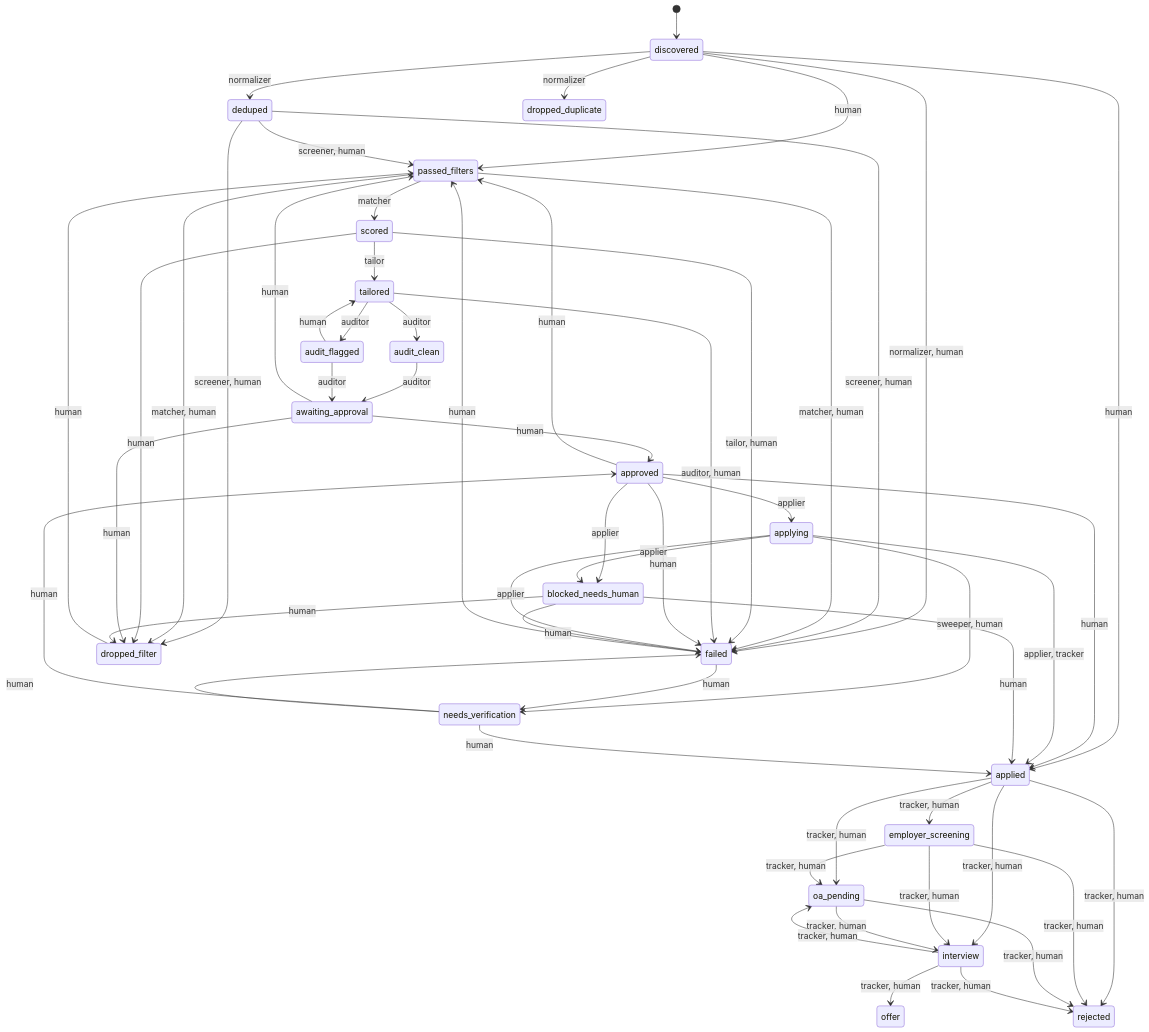
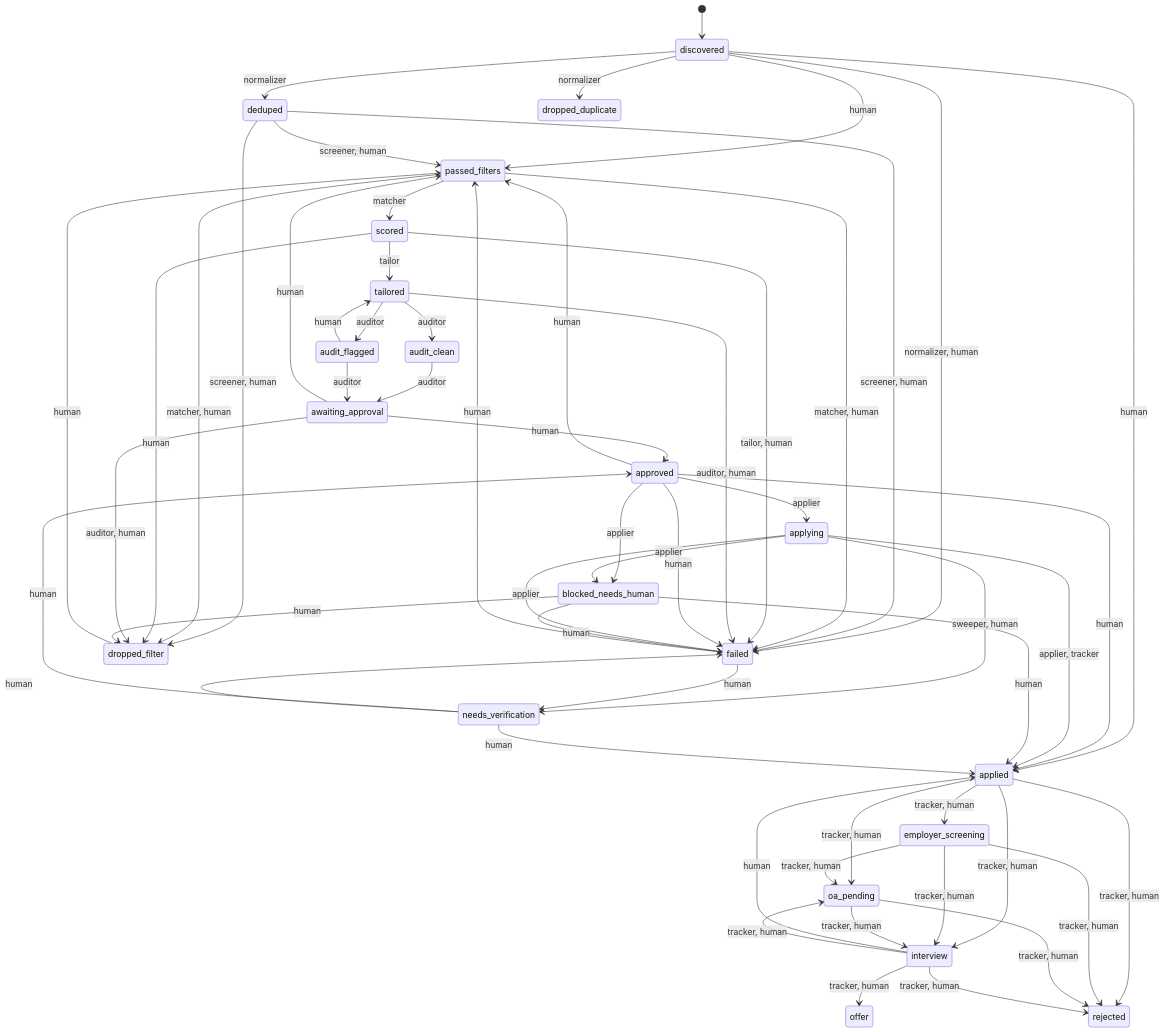
The second of 3 diagrams in docs/SYSTEM_ARCHITECTURE.md (MallamTeja/applyyy), drawn with Mermaid before and after one commit. The commit also changed other lines of this file and 136 other files, not shown here.

````diff
--- a/docs/SYSTEM_ARCHITECTURE.md
+++ b/docs/SYSTEM_ARCHITECTURE.md
@@ -195,57 +196,58 @@
 ```mermaid
 stateDiagram-v2
   [*] --> discovered
   discovered --> deduped: normalizer
   discovered --> passed_filters: human
   discovered --> applied: human
   discovered --> dropped_duplicate: normalizer
   discovered --> failed: normalizer, human
   deduped --> passed_filters: screener, human
   deduped --> dropped_filter: screener, human
   deduped --> failed: screener, human
   passed_filters --> scored: matcher
   passed_filters --> dropped_filter: matcher, human
   passed_filters --> failed: matcher, human
   scored --> tailored: tailor
   scored --> dropped_filter: human
   scored --> failed: tailor, human
   tailored --> audit_clean: auditor
   tailored --> audit_flagged: auditor
   tailored --> failed: auditor, human
   audit_clean --> awaiting_approval: auditor
   audit_flagged --> awaiting_approval: auditor
   audit_flagged --> tailored: human
   awaiting_approval --> passed_filters: human
   awaiting_approval --> approved: human
-  awaiting_approval --> dropped_filter: human
+  awaiting_approval --> dropped_filter: auditor, human
   approved --> passed_filters: human
   approved --> applying: applier
   approved --> applied: human
   approved --> blocked_needs_human: applier
   approved --> failed: human
   applying --> applied: applier, tracker
   applying --> blocked_needs_human: applier
   applying --> needs_verification: sweeper, human
   applying --> failed: applier
   applied --> employer_screening: tracker, human
   applied --> oa_pending: tracker, human
   applied --> interview: tracker, human
   applied --> rejected: tracker, human
   employer_screening --> oa_pending: tracker, human
   employer_screening --> interview: tracker, human
   employer_screening --> rejected: tracker, human
   oa_pending --> interview: tracker, human
   oa_pending --> rejected: tracker, human
+  interview --> applied: human
   interview --> oa_pending: tracker, human
   interview --> offer: tracker, human
   interview --> rejected: tracker, human
   dropped_filter --> passed_filters: human
   blocked_needs_human --> applied: human
   blocked_needs_human --> dropped_filter: human
   blocked_needs_human --> failed: human
   needs_verification --> approved: human
   needs_verification --> applied: human
   needs_verification --> failed: human
   failed --> passed_filters: human
   failed --> needs_verification: human
 ```
````
